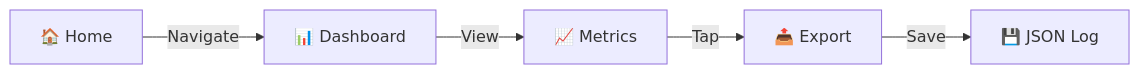
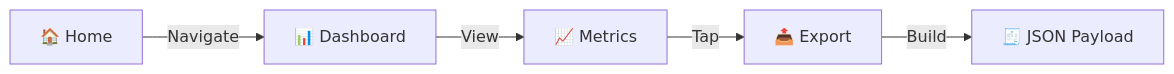
One commit to neuron7x/international-cunnibal changed the sixth of 7 diagrams in README.md. Above: the diagram before and after it, drawn with Mermaid. The commit also changed other lines of this file and 16 other files, not shown here.

````diff
--- a/README.md
+++ b/README.md
@@ -560,7 +560,7 @@
 ```mermaid
 flowchart LR
     A[🏠 Home] -->|Navigate| B[📊 Dashboard]
     B -->|View| C[📈 Metrics]
     C -->|Tap| D[📤 Export]
-    D -->|Save| E[💾 JSON Log]
+    D -->|Build| E[🧾 JSON Payload]
 ```
````
